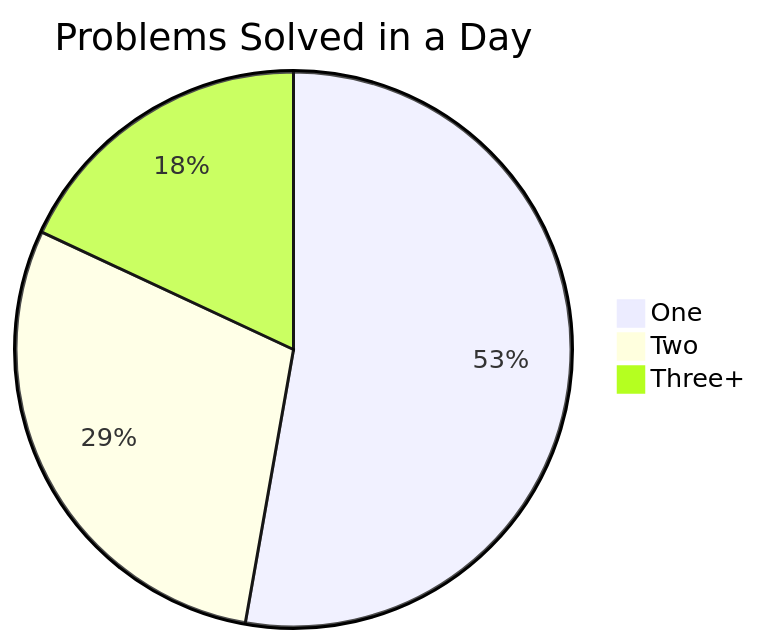
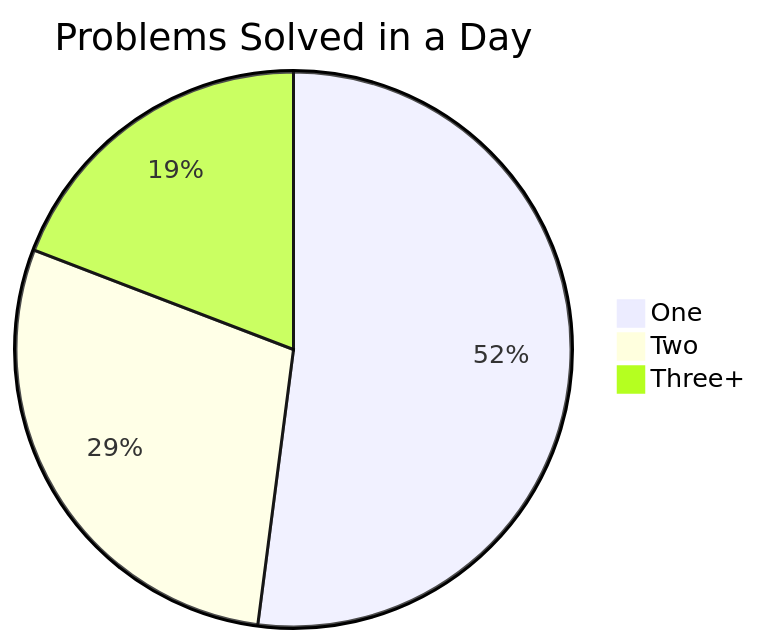
One commit to Jasjeet-Singh-S/100-days-DSA changed the second of 2 diagrams in readme.md. Above: the diagram before and after it, drawn with Mermaid. The commit also changed other lines of this file and 4 other files, not shown here.

````diff
--- a/readme.md
+++ b/readme.md
@@ -25,6 +25,6 @@
 ```mermaid
 pie title Problems Solved in a Day
     "One" : 38
     "Two" : 21
-    "Three+" : 13
+    "Three+" : 14
 ```
````
